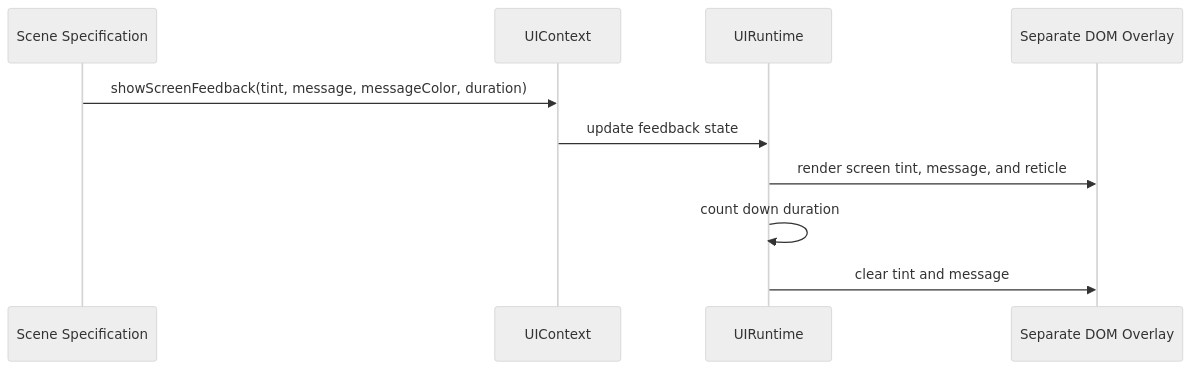
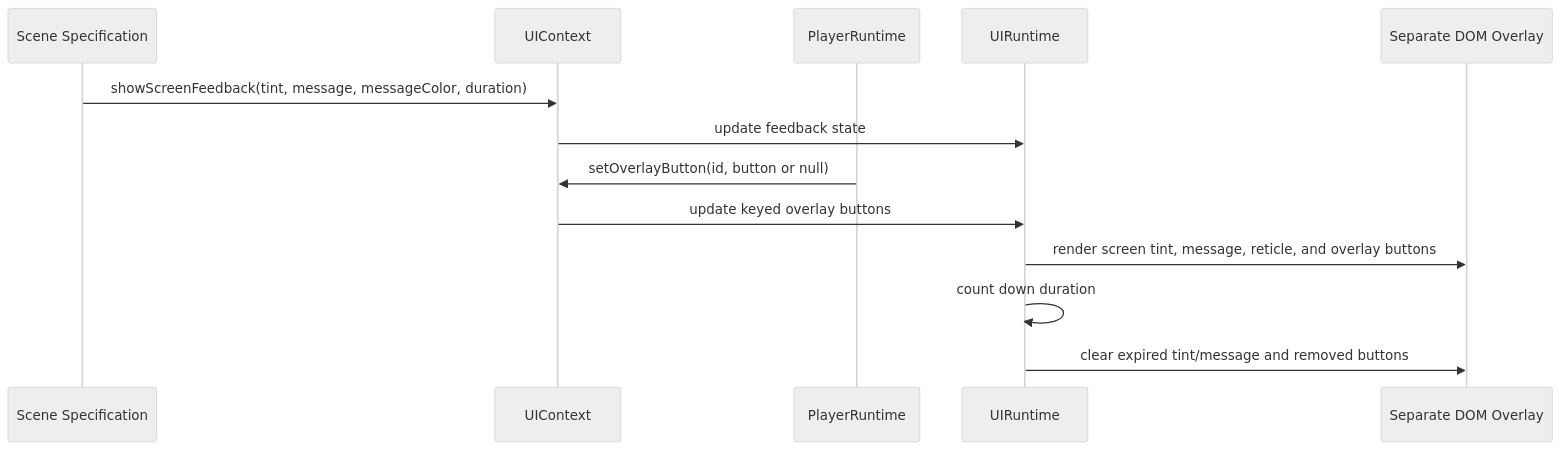
The fifth of 7 diagrams in docs/architecture.md (raolir/omnipraxis), drawn with Mermaid (neutral theme) before and after one commit. The commit also changed other lines of this file and 14 other files, not shown here.

````diff
--- a/docs/architecture.md
+++ b/docs/architecture.md
@@ -156,13 +163,16 @@
 ```mermaid
 sequenceDiagram
   participant Scene as Scene Specification
   participant UIContext as UIContext
+  participant Player as PlayerRuntime
   participant UIRuntime as UIRuntime
   participant DOM as Separate DOM Overlay
 
   Scene->>UIContext: showScreenFeedback(tint, message, messageColor, duration)
   UIContext->>UIRuntime: update feedback state
-  UIRuntime->>DOM: render screen tint, message, and reticle
+  Player->>UIContext: setOverlayButton(id, button or null)
+  UIContext->>UIRuntime: update keyed overlay buttons
+  UIRuntime->>DOM: render screen tint, message, reticle, and overlay buttons
   UIRuntime->>UIRuntime: count down duration
-  UIRuntime->>DOM: clear tint and message
+  UIRuntime->>DOM: clear expired tint/message and removed buttons
 ```
````
